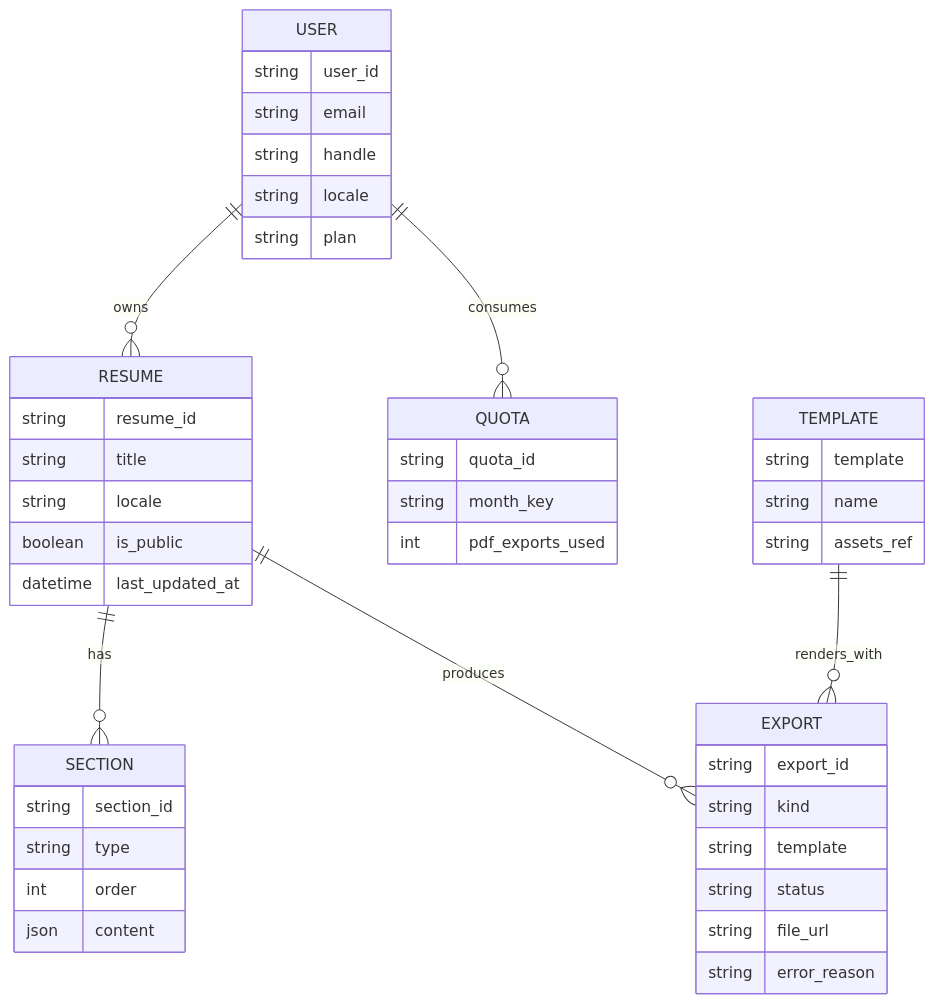
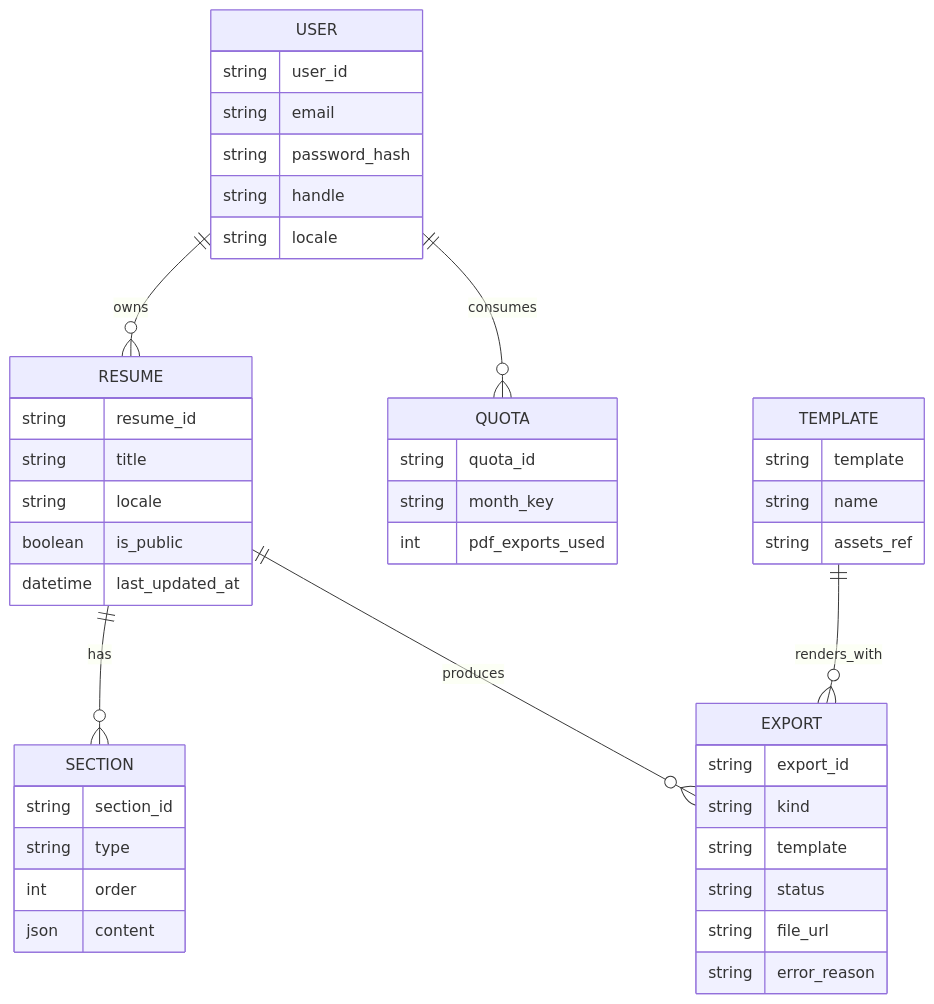
Before and after one commit to y2gcoder/resu-me: the diagram in docs/concept_model.md, drawn with Mermaid. The commit also changed other lines of this file and 1 other file, not shown here.

````diff
--- a/docs/concept_model.md
+++ b/docs/concept_model.md
@@ -128,52 +128,52 @@
 ```mermaid
 erDiagram
   USER ||--o{ RESUME : owns
   RESUME ||--o{ SECTION : has
   RESUME ||--o{ EXPORT : produces
   USER ||--o{ QUOTA : consumes
   TEMPLATE ||--o{ EXPORT : renders_with
 
   USER {
     string user_id
     string email
+    string password_hash
     string handle
     string locale
-    string plan
   }
 
   RESUME {
     string resume_id
     string title
     string locale
     boolean is_public
     datetime last_updated_at
   }
 
   SECTION {
     string section_id
     string type
     int order
     json content
   }
 
   EXPORT {
     string export_id
     string kind
     string template
     string status
     string file_url
     string error_reason
   }
 
   QUOTA {
     string quota_id
     string month_key
     int pdf_exports_used
   }
 
   TEMPLATE {
     string template
     string name
     string assets_ref
   }
 ```
````
